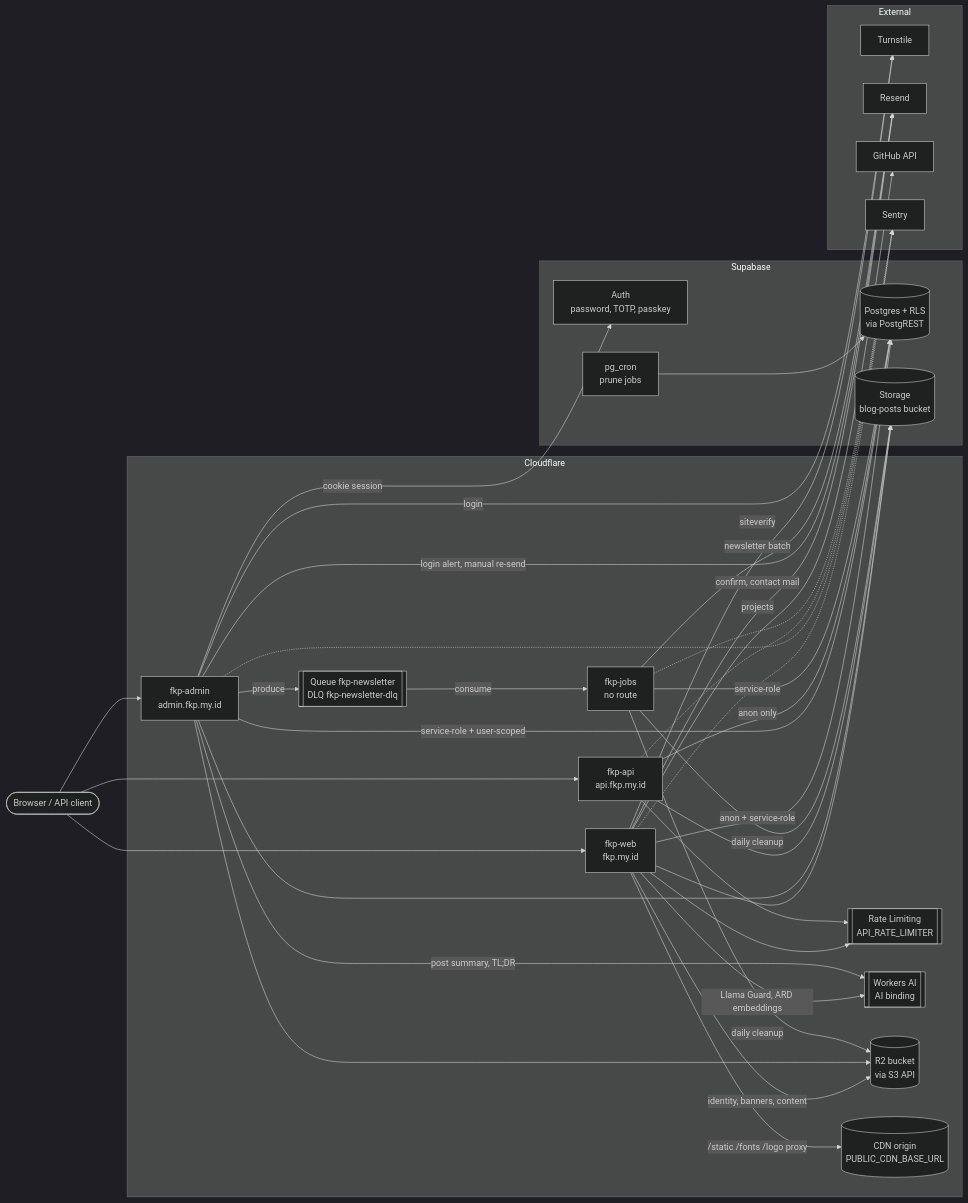
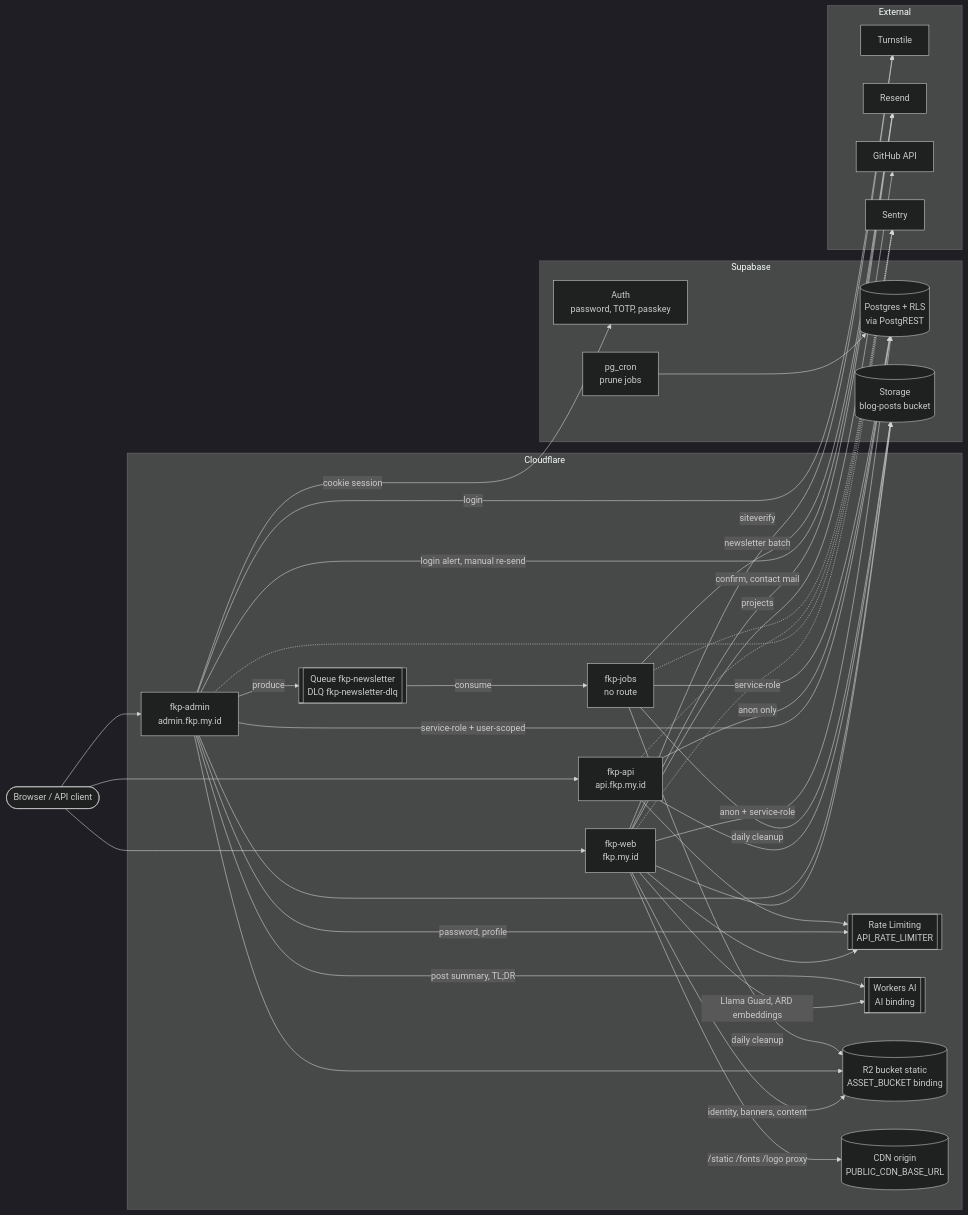
One commit to farhnkrnapratma/idstead changed the diagram in docs/001-architecture/001-component-map.md. Above: the diagram before and after it, drawn with Mermaid (dark theme). The commit also changed other lines of this file and 20 other files, not shown here.

````diff
--- a/docs/001-architecture/001-component-map.md
+++ b/docs/001-architecture/001-component-map.md
@@ -5,70 +5,71 @@
 ```mermaid
 flowchart LR
     Browser(["Browser / API client"])
 
     subgraph CF["Cloudflare"]
         WEB["fkp-web<br/>fkp.my.id"]
         ADMIN["fkp-admin<br/>admin.fkp.my.id"]
         API["fkp-api<br/>api.fkp.my.id"]
         JOBS["fkp-jobs<br/>no route"]
         RL[["Rate Limiting<br/>API_RATE_LIMITER"]]
         AI[["Workers AI<br/>AI binding"]]
         Q[["Queue fkp-newsletter<br/>DLQ fkp-newsletter-dlq"]]
-        R2[("R2 bucket<br/>via S3 API")]
+        R2[("R2 bucket static<br/>ASSET_BUCKET binding")]
         CDN[("CDN origin<br/>PUBLIC_CDN_BASE_URL")]
     end
 
     subgraph SB["Supabase"]
         PG[("Postgres + RLS<br/>via PostgREST")]
         AUTH["Auth<br/>password, TOTP, passkey"]
         ST[("Storage<br/>blog-posts bucket")]
         CRON["pg_cron<br/>prune jobs"]
     end
 
     subgraph EXT["External"]
         TS["Turnstile"]
         RS["Resend"]
         GH["GitHub API"]
         SEN["Sentry"]
     end
 
     Browser --> WEB
     Browser --> ADMIN
     Browser --> API
 
     WEB -->|"anon + service-role"| PG
     WEB --> ST
     WEB -->|"identity, banners, content"| R2
     WEB -->|"/static /fonts /logo proxy"| CDN
     WEB --> RL
     WEB -->|"Llama Guard, ARD embeddings"| AI
     WEB -->|"siteverify"| TS
     WEB -->|"confirm, contact mail"| RS
     WEB -->|"projects"| GH
 
     ADMIN -->|"cookie session"| AUTH
     ADMIN -->|"service-role + user-scoped"| PG
     ADMIN --> ST
     ADMIN --> R2
+    ADMIN -->|"password, profile"| RL
     ADMIN -->|"post summary, TL;DR"| AI
     ADMIN -->|"login"| TS
     ADMIN -->|"login alert, manual re-send"| RS
     ADMIN -->|"produce"| Q
 
     API -->|"anon only"| PG
     API --> ST
     API --> RL
 
     Q -->|"consume"| JOBS
     JOBS -->|"service-role"| PG
     JOBS -->|"newsletter batch"| RS
     JOBS -->|"daily cleanup"| R2
     JOBS -->|"daily cleanup"| ST
 
     CRON --> PG
 
     WEB -.-> SEN
     ADMIN -.-> SEN
     API -.-> SEN
     JOBS -.-> SEN
 ```
````
